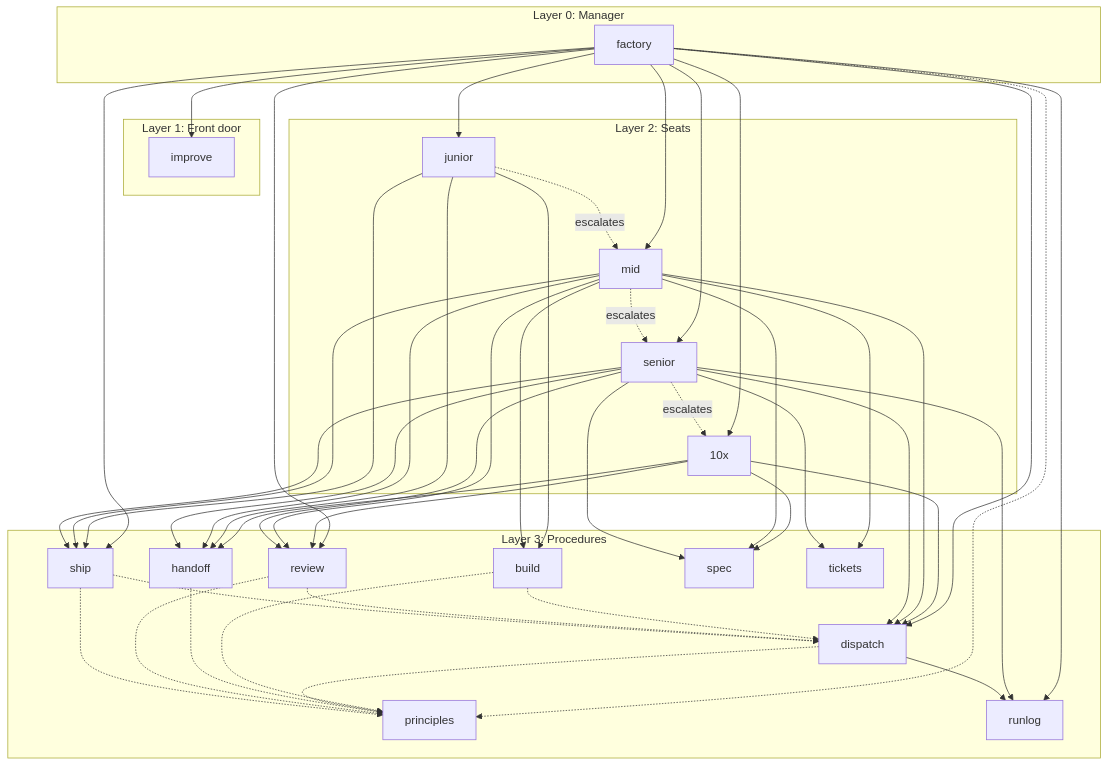
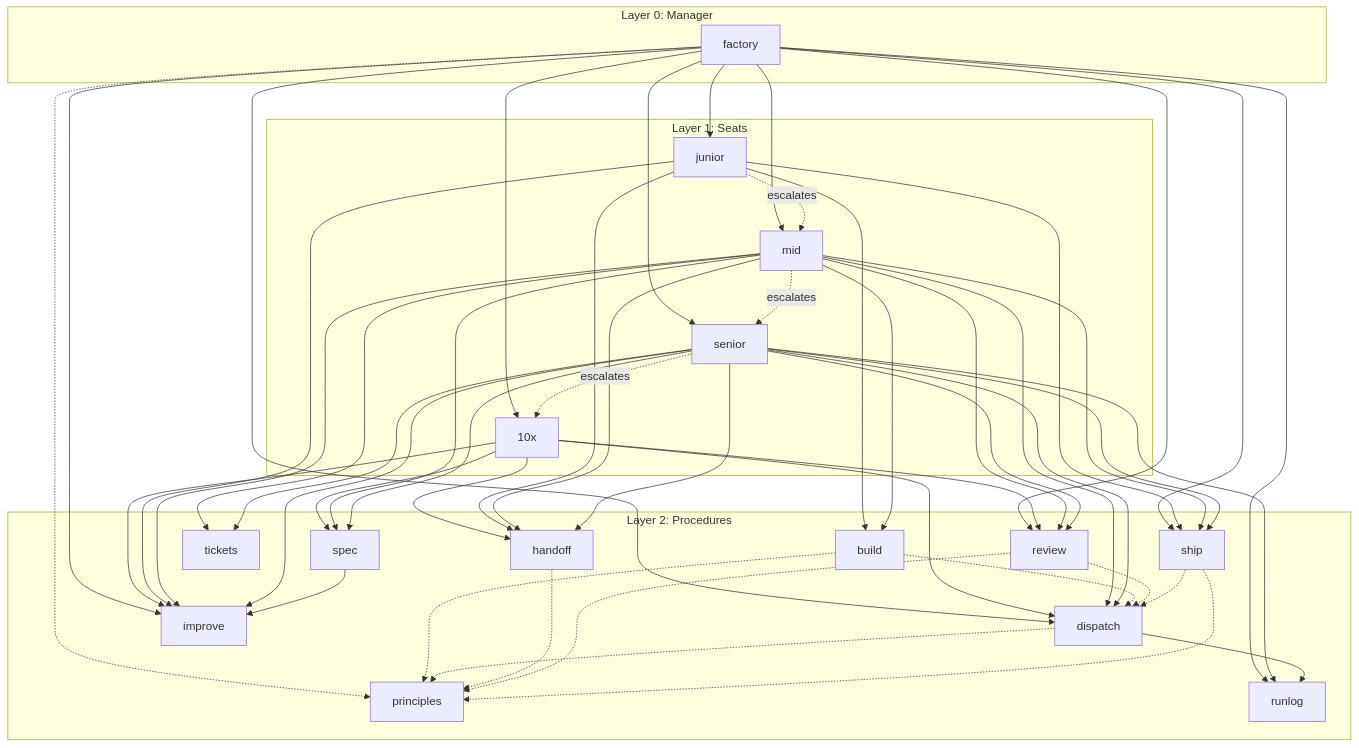
One commit to rishi23root/agent-skills changed the diagram in docs/skill-graph.md. Above: the diagram before and after it, drawn with Mermaid. The commit also changed other lines of this file and 24 other files, not shown here.

First line of the commit message:
Move improve to the procedures layer; make review, spec, ship and handoff typeable

````diff
--- a/docs/skill-graph.md
+++ b/docs/skill-graph.md
@@ -7,69 +7,72 @@
 ```mermaid
 flowchart TD
   subgraph L0["Layer 0: Manager"]
     s_factory["factory"]
   end
-  subgraph L1["Layer 1: Front door"]
-    s_improve["improve"]
-  end
-  subgraph L2["Layer 2: Seats"]
+  subgraph L1["Layer 1: Seats"]
     s_10x["10x"]
     s_junior["junior"]
     s_mid["mid"]
     s_senior["senior"]
   end
-  subgraph L3["Layer 3: Procedures"]
+  subgraph L2["Layer 2: Procedures"]
     s_build["build"]
     s_dispatch["dispatch"]
     s_handoff["handoff"]
+    s_improve["improve"]
     s_principles["principles"]
     s_review["review"]
     s_runlog["runlog"]
     s_ship["ship"]
     s_spec["spec"]
     s_tickets["tickets"]
   end
   s_factory --> s_improve
   s_factory --> s_junior
   s_factory --> s_mid
   s_factory --> s_senior
   s_factory --> s_10x
   s_factory --> s_dispatch
   s_factory --> s_review
   s_factory --> s_ship
   s_factory --> s_runlog
+  s_10x --> s_improve
   s_10x --> s_spec
   s_10x --> s_dispatch
   s_10x --> s_review
   s_10x --> s_handoff
+  s_junior --> s_improve
   s_junior --> s_build
   s_junior --> s_ship
   s_junior --> s_handoff
+  s_mid --> s_improve
   s_mid --> s_spec
   s_mid --> s_tickets
   s_mid --> s_build
   s_mid --> s_review
   s_mid --> s_ship
   s_mid --> s_dispatch
   s_mid --> s_handoff
+  s_senior --> s_improve
   s_senior --> s_spec
   s_senior --> s_tickets
   s_senior --> s_dispatch
   s_senior --> s_review
   s_senior --> s_ship
   s_senior --> s_handoff
   s_senior --> s_runlog
   s_dispatch --> s_runlog
+  s_spec --> s_improve
   s_factory -.-> s_principles
   s_build -.-> s_dispatch
   s_build -.-> s_principles
   s_dispatch -.-> s_principles
   s_handoff -.-> s_principles
   s_review -.-> s_dispatch
   s_review -.-> s_principles
   s_ship -.-> s_dispatch
   s_ship -.-> s_principles
   s_junior -. escalates .-> s_mid
   s_mid -. escalates .-> s_senior
   s_senior -. escalates .-> s_10x
 ```
````
